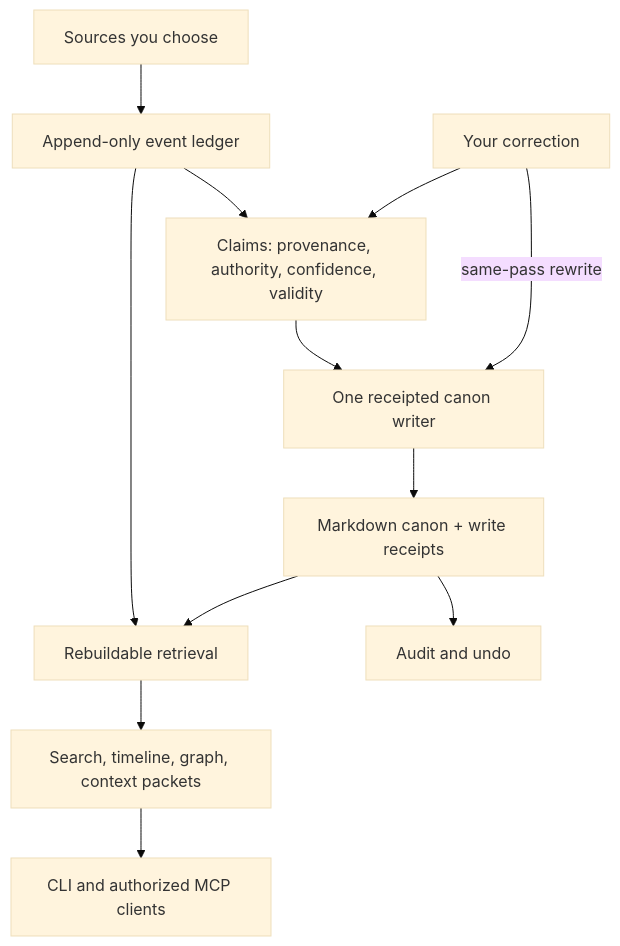
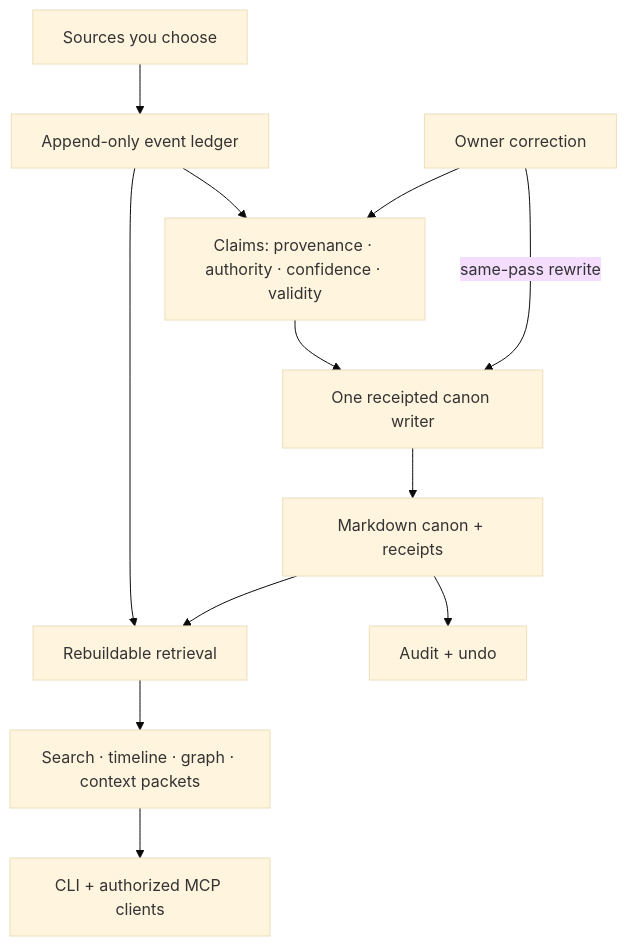
The diagram in README.md (Illuminfti/kizuki), drawn with Mermaid (base theme) before and after one commit. The commit also changed other lines of this file, not shown here.

````diff
--- a/README.md
+++ b/README.md
@@ -200,14 +201,14 @@
 ```mermaid
 flowchart TD
   sources["Sources you choose"] --> ledger["Append-only event ledger"]
-  ledger --> claims["Claims: provenance, authority, confidence, validity"]
+  ledger --> claims["Claims: provenance · authority · confidence · validity"]
   claims --> writer["One receipted canon writer"]
-  correction["Your correction"] --> claims
+  correction["Owner correction"] --> claims
   correction -->|"same-pass rewrite"| writer
-  writer --> canon["Markdown canon + write receipts"]
+  writer --> canon["Markdown canon + receipts"]
   ledger --> retrieval["Rebuildable retrieval"]
   canon --> retrieval
-  retrieval --> context["Search, timeline, graph, context packets"]
-  context --> clients["CLI and authorized MCP clients"]
-  canon --> audit["Audit and undo"]
+  retrieval --> context["Search · timeline · graph · context packets"]
+  context --> clients["CLI + authorized MCP clients"]
+  canon --> audit["Audit + undo"]
 ```
````
